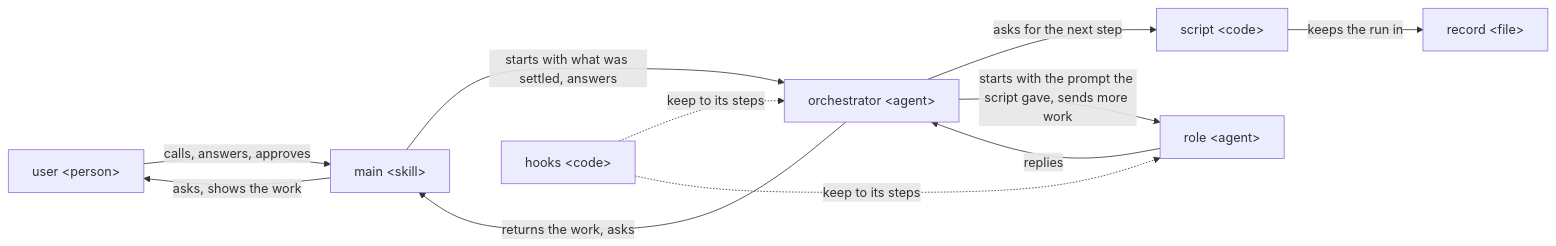
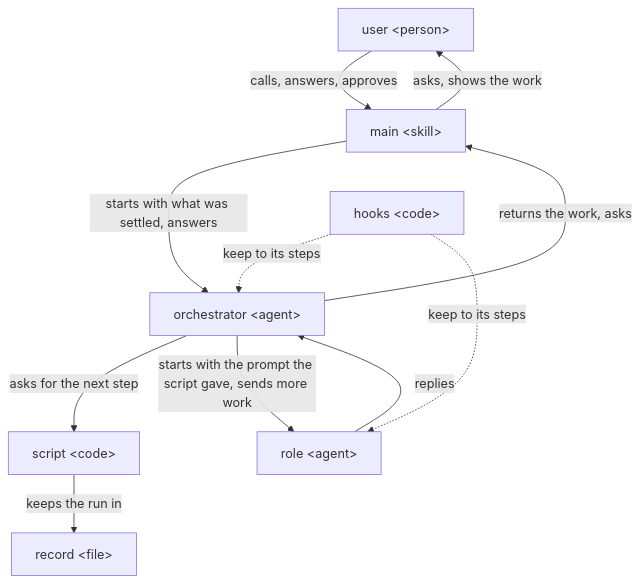
One commit to lovaizu/ccpm changed the first of 2 diagrams in dev/architecture.md. Above: the diagram before and after it, drawn with Mermaid.

Commit message:
How a plugin works: the figure runs top to bottom, as laid across it showed too small
Claude-Session: https://claude.ai/code/session_01VdR6B5Jp36Hdq4eP9iBb1h

````diff
--- a/dev/architecture.md
+++ b/dev/architecture.md
@@ -8,21 +8,21 @@
 ```mermaid
-flowchart LR
+flowchart TB
   user["user &lt;person&gt;"]
   main["main &lt;skill&gt;"]
   orch["orchestrator &lt;agent&gt;"]
   script["script &lt;code&gt;"]
   record["record &lt;file&gt;"]
   role["role &lt;agent&gt;"]
   hooks["hooks &lt;code&gt;"]
   user -->|calls, answers, approves| main
   main -->|asks, shows the work| user
   main -->|starts with what was settled, answers| orch
   orch -->|returns the work, asks| main
   orch -->|asks for the next step| script
   script -->|keeps the run in| record
   orch -->|starts with the prompt the script gave, sends more work| role
   role -->|replies| orch
   main ~~~ hooks
   hooks -.->|keep to its steps| orch
   hooks -.->|keep to its steps| role
 ```
````
